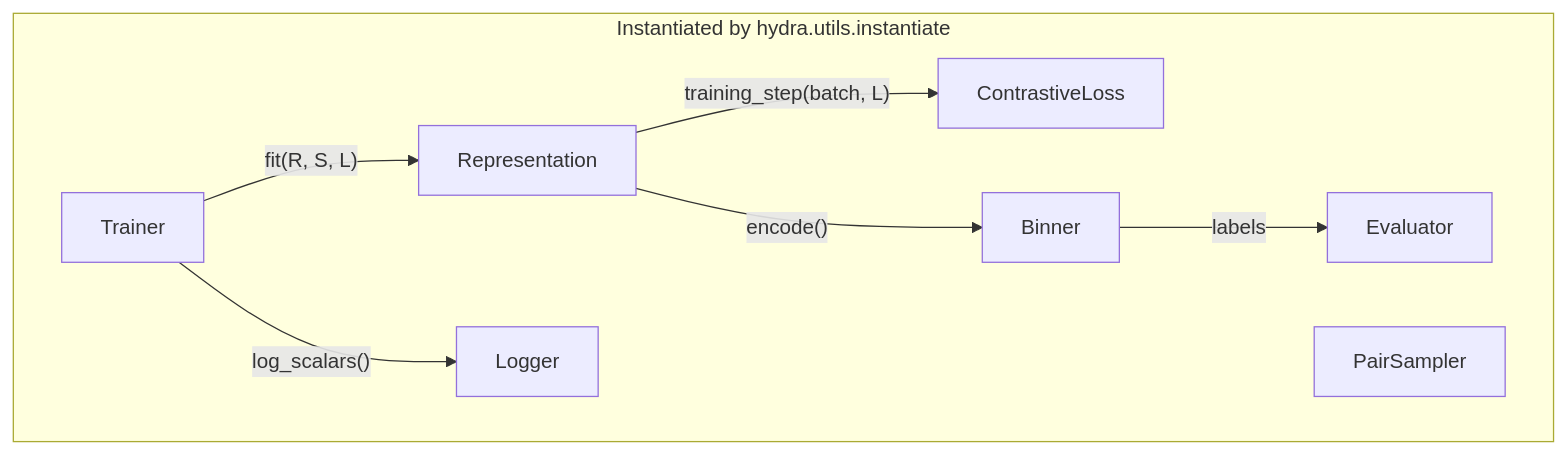
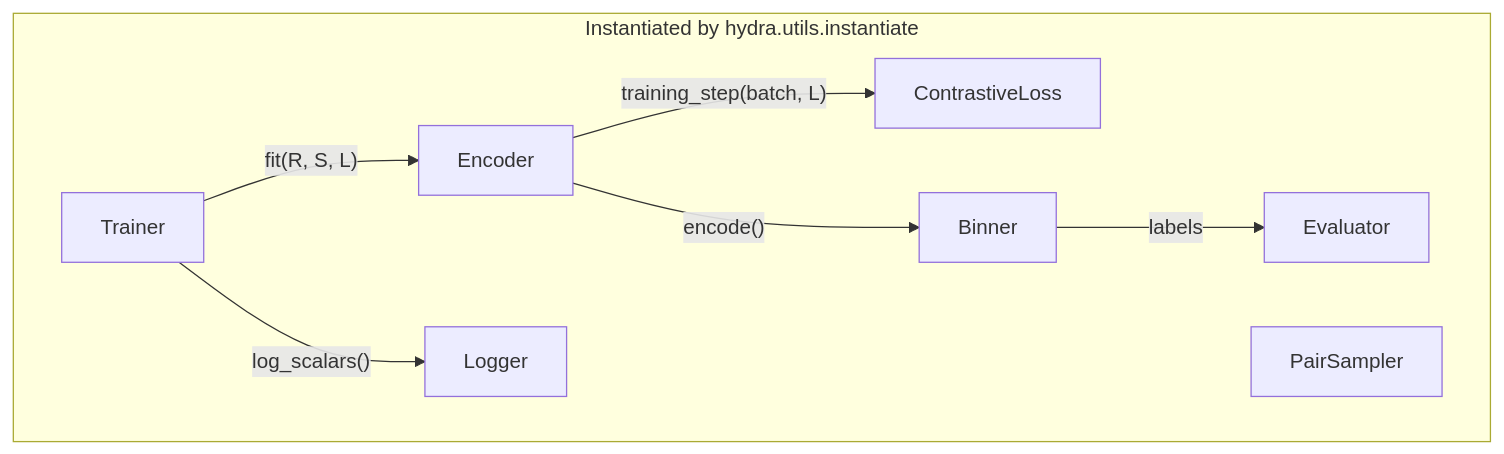
Before and after one commit to Tinnifo/MegoBin: the diagram in docs/03-architecture/slots-and-protocols.md, drawn with Mermaid. The commit also changed other lines of this file and 36 other files, not shown here.

````diff
--- a/docs/03-architecture/slots-and-protocols.md
+++ b/docs/03-architecture/slots-and-protocols.md
@@ -134,18 +134,18 @@
 ```mermaid
 flowchart TB
   subgraph "Instantiated by hydra.utils.instantiate"
-    R[Representation]
+    R[Encoder]
     L[ContrastiveLoss]
     B[Binner]
     E[Evaluator]
     S[PairSampler]
     T[Trainer]
     G[Logger]
   end
 
   T -- "fit(R, S, L)" --> R
   R -- "training_step(batch, L)" --> L
   T -- "log_scalars()" --> G
   R -- "encode()" --> B
   B -- "labels" --> E
 ```
````
